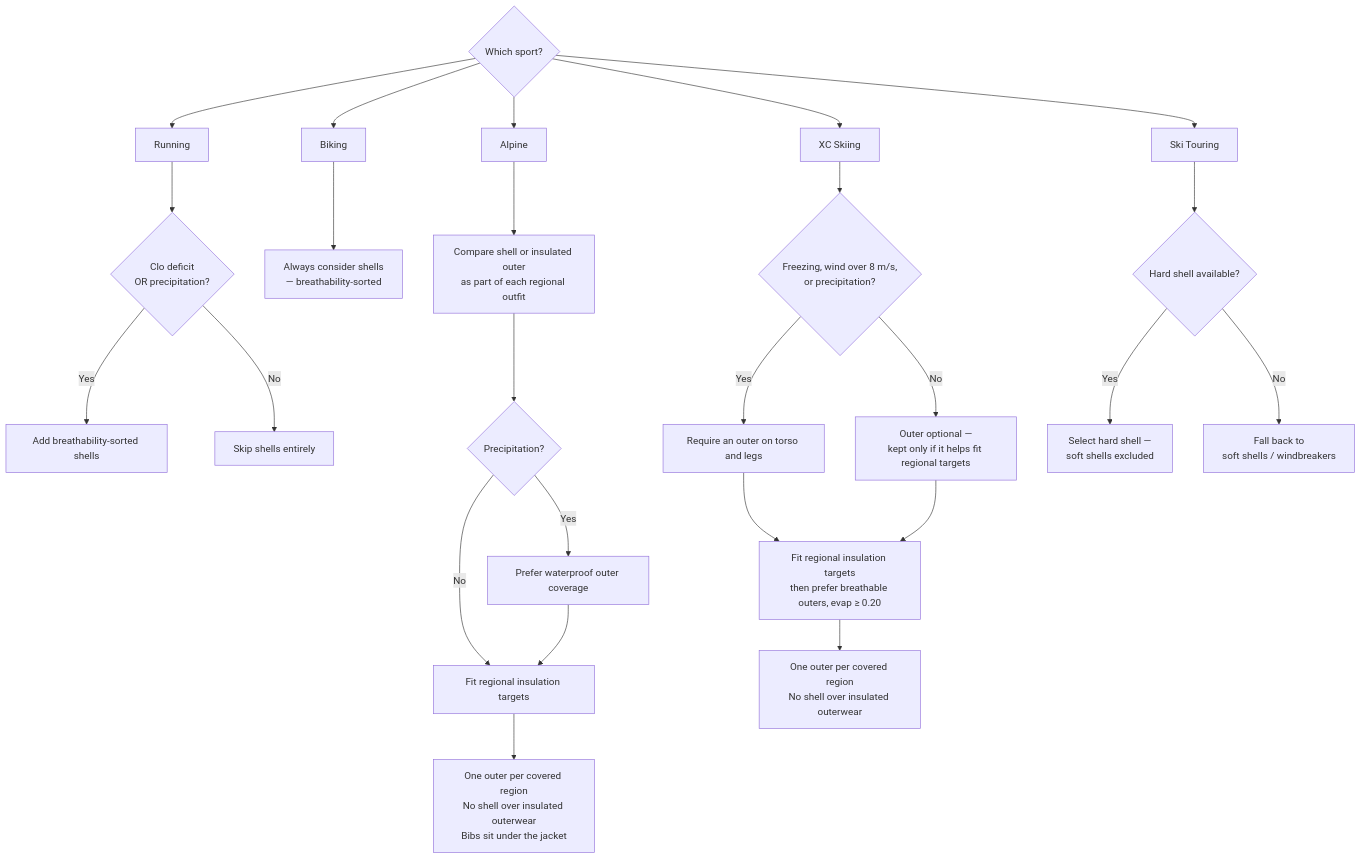
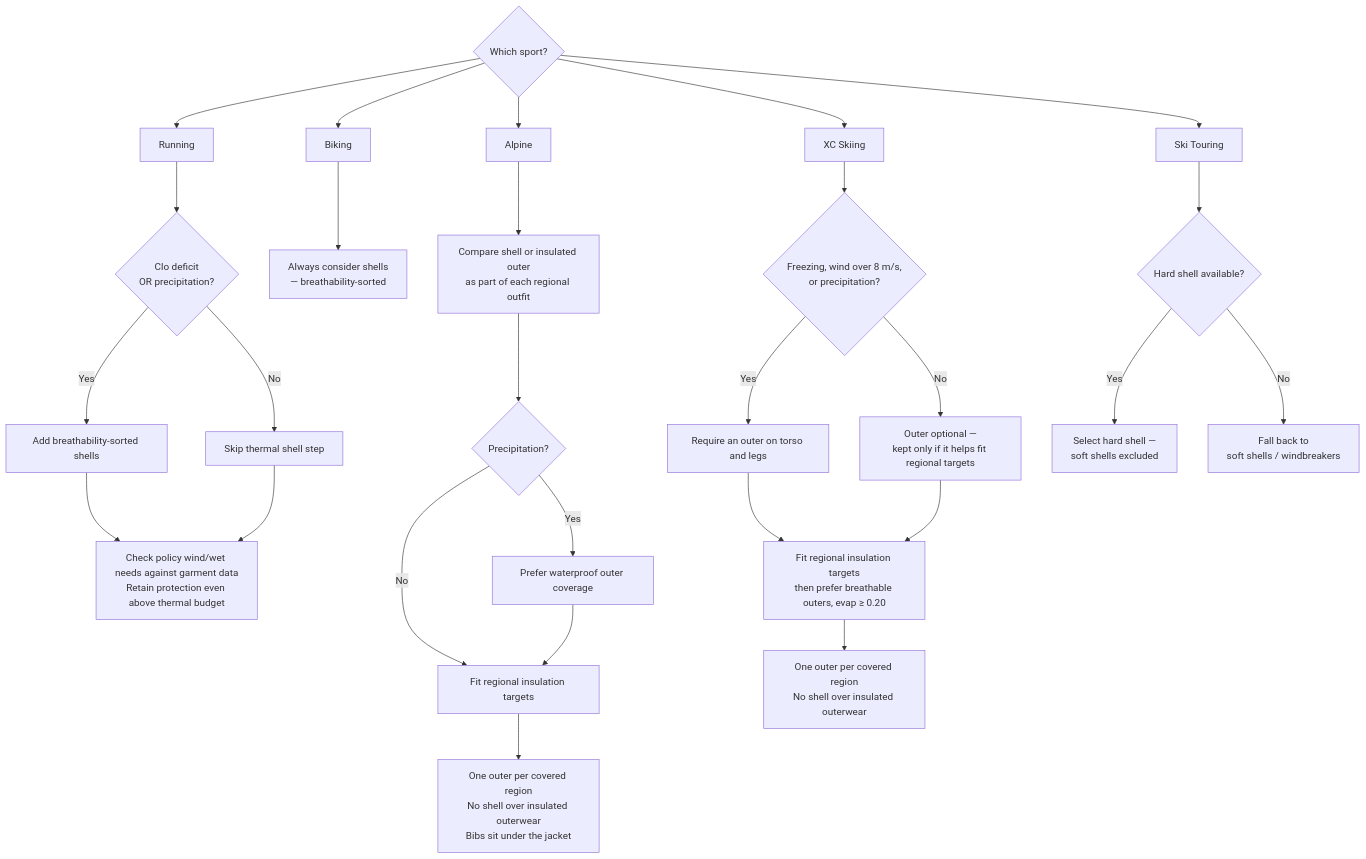
Before and after one commit to derobertsw/swttr: the fifth of 7 diagrams in README.md, drawn with Mermaid. The commit also changed other lines of this file and 34 other files, not shown here.

````diff
--- a/README.md
+++ b/README.md
@@ -219,32 +223,34 @@
 ```mermaid
 graph TD
     START{Which sport?} --> RUN[Running]
     START --> BIKE[Biking]
     START --> ALP[Alpine]
     START --> XC[XC Skiing]
     START --> TOUR[Ski Touring]
 
     RUN --> RCHECK{Clo deficit<br/>OR precipitation?}
     RCHECK -->|Yes| RADD[Add breathability-sorted shells]
-    RCHECK -->|No| RSKIP[Skip shells entirely]
+    RCHECK -->|No| RSKIP[Skip thermal shell step]
+    RADD --> RPROTECT[Check policy wind/wet needs against garment data<br/>Retain protection even above thermal budget]
+    RSKIP --> RPROTECT
 
     BIKE --> BADD[Always consider shells<br/>— breathability-sorted]
 
     ALP --> AOUT[Compare shell or insulated outer<br/>as part of each regional outfit]
     AOUT --> AWET{Precipitation?}
     AWET -->|Yes| AWP[Prefer waterproof outer coverage]
     AWET -->|No| ABUDGET[Fit regional insulation targets]
     AWP --> ABUDGET
     ABUDGET --> ACAP[One outer per covered region<br/>No shell over insulated outerwear<br/>Bibs sit under the jacket]
 
     XC --> XNEED{Freezing, wind over 8 m/s,<br/>or precipitation?}
     XNEED -->|Yes| XREQ[Require an outer on torso and legs]
     XNEED -->|No| XOPT[Outer optional —<br/>kept only if it helps fit regional targets]
     XREQ --> XFIT[Fit regional insulation targets<br/>then prefer breathable outers, evap ≥ 0.20]
     XOPT --> XFIT
     XFIT --> XCAP[One outer per covered region<br/>No shell over insulated outerwear]
 
     TOUR --> THARD{Hard shell available?}
     THARD -->|Yes| THSEL[Select hard shell —<br/>soft shells excluded]
     THARD -->|No| TOTHER[Fall back to<br/>soft shells / windbreakers]
 ```
````
